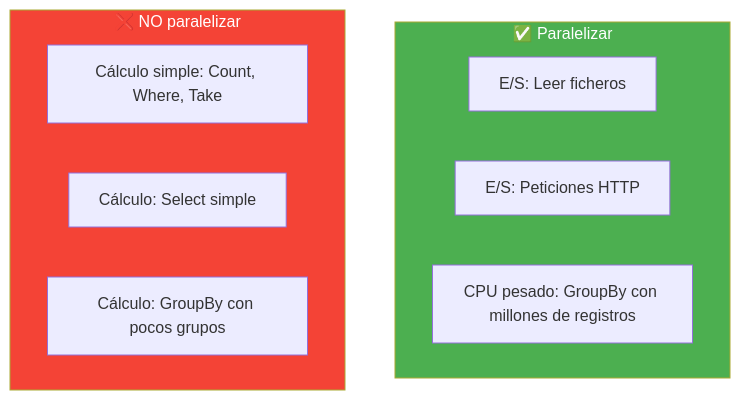
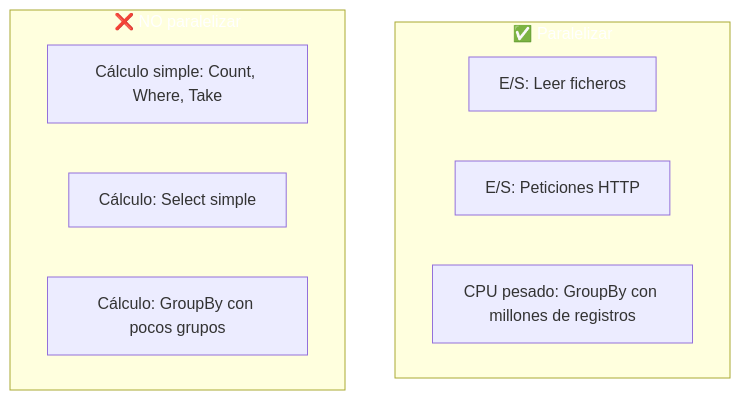
Diagram 16 of 21 in 16-concurrencia-asincronia.md (joseluisgs/DesarrolloWebEntornosServidor-01-2026-2027), drawn with Mermaid before and after one commit. The commit also changed other lines of this file and 66 other files, not shown here.

First line of the commit message:
fix: normalizar titulos al castellano de frase y corregir la paleta de mermaid

````diff
--- a/16-concurrencia-asincronia.md
+++ b/16-concurrencia-asincronia.md
@@ -729,17 +729,17 @@
 ```mermaid
 graph TB
     subgraph BUENO["✅ Paralelizar"]
         E1["E/S: Leer ficheros"]
         E2["E/S: Peticiones HTTP"]
         E3["CPU pesado: GroupBy con millones de registros"]
     end
 
     subgraph MALO["❌ NO paralelizar"]
         M1["Cálculo simple: Count, Where, Take"]
         M2["Cálculo: Select simple"]
         M3["Cálculo: GroupBy con pocos grupos"]
     end
 
-    style BUENO fill:#4CAF50,color:#fff
-    style MALO fill:#f44336,color:#fff
+    style BUENO fill:#4CAF5,color:#fff0,color:#fff
+    style MALO fill:#f4433,color:#fff6,color:#fff
 ```
````
